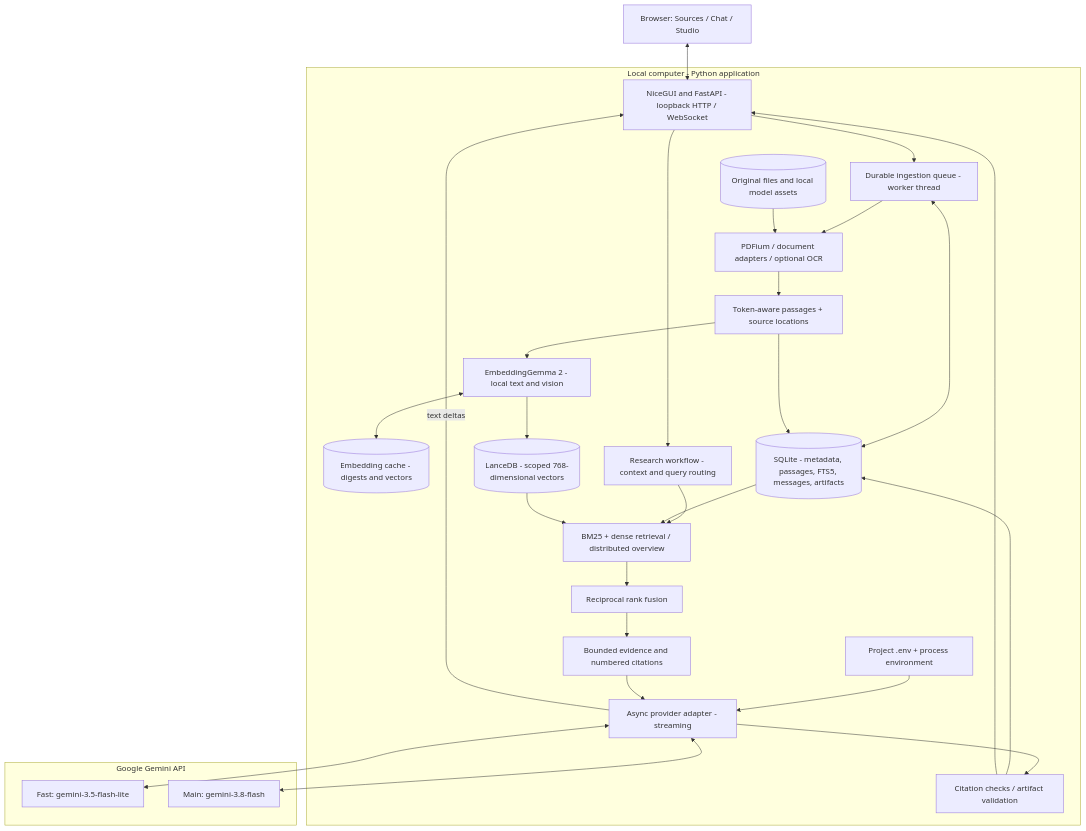
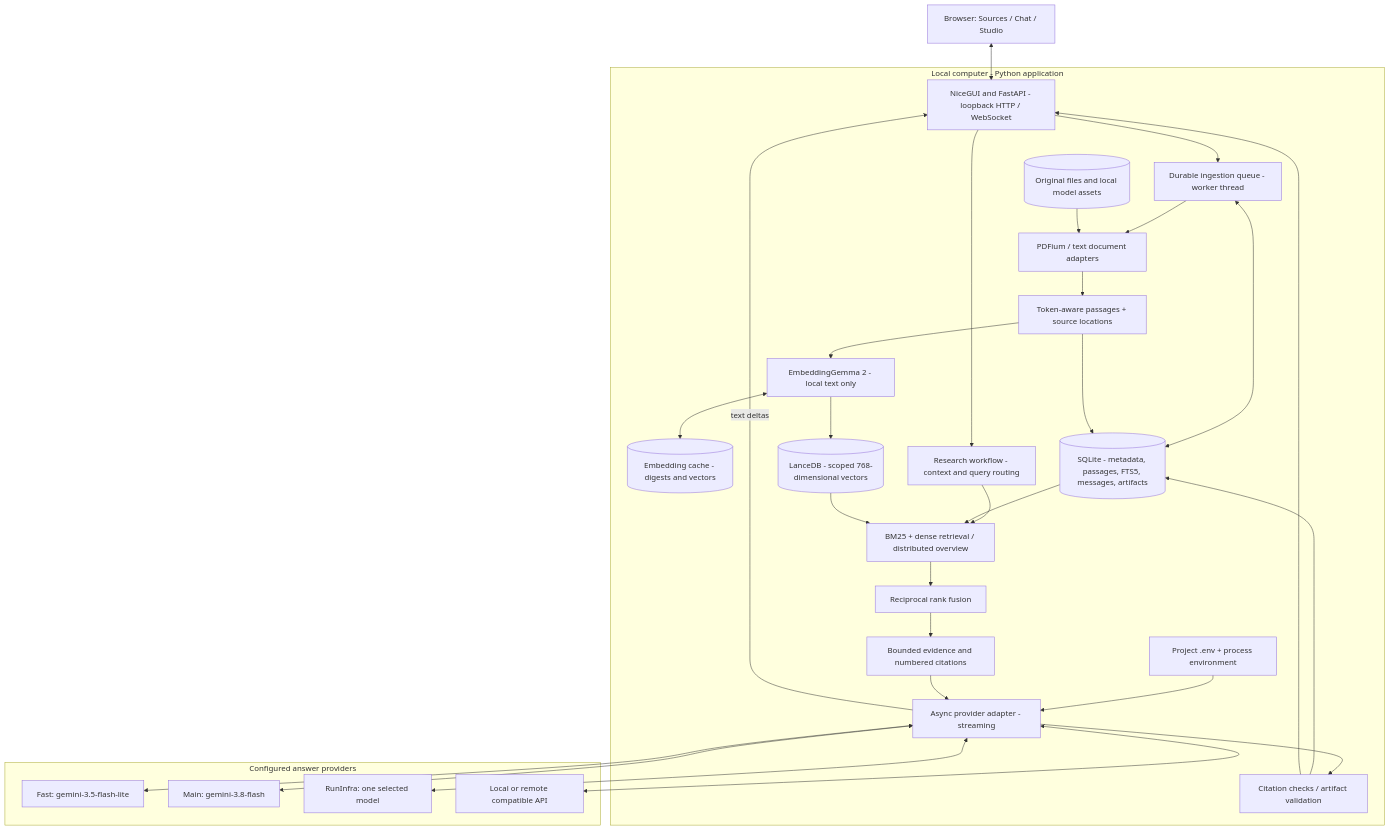
One commit to ryuu-la/NoteBookLm changed the first of 3 diagrams in docs/ARCHITECTURE.md. Above: the diagram before and after it, drawn with Mermaid. The commit also changed other lines of this file and 8 other files, not shown here.

Commit message:
Align setup and project documentation with the text-only Gemma runtime

````diff
--- a/docs/ARCHITECTURE.md
+++ b/docs/ARCHITECTURE.md
@@ -9,44 +9,48 @@
 ```mermaid
 flowchart TB
     User[Browser: Sources / Chat / Studio]
     subgraph Local[Local computer - Python application]
         UI[NiceGUI and FastAPI - loopback HTTP / WebSocket]
         Config[Project .env + process environment]
         Queue[Durable ingestion queue - worker thread]
-        Parse[PDFium / document adapters / optional OCR]
+        Parse[PDFium / text document adapters]
         Chunk[Token-aware passages + source locations]
-        Embed[EmbeddingGemma 2 - local text and vision]
+        Embed[EmbeddingGemma 2 - local text only]
         Cache[(Embedding cache - digests and vectors)]
         SQL[(SQLite - metadata, passages, FTS5, messages, artifacts)]
         Vectors[(LanceDB - scoped 768-dimensional vectors)]
         Files[(Original files and local model assets)]
         Route[Research workflow - context and query routing]
         Search[BM25 + dense retrieval / distributed overview]
         Rank[Reciprocal rank fusion]
         Context[Bounded evidence and numbered citations]
         Provider[Async provider adapter - streaming]
         Validate[Citation checks / artifact validation]
     end
-    subgraph Cloud[Google Gemini API]
+    subgraph Cloud[Configured answer providers]
         Fast[Fast: gemini-3.5-flash-lite]
         Main[Main: gemini-3.8-flash]
+        RunInfra[RunInfra: one selected model]
+        Compatible[Local or remote compatible API]
     end
     User <--> UI
     Config --> Provider
     UI --> Queue --> Parse --> Chunk
     Queue <--> SQL
     Files --> Parse
     Chunk --> SQL
     Chunk --> Embed
     Embed <--> Cache
     Embed --> Vectors
     UI --> Route --> Search
     SQL --> Search
     Vectors --> Search
     Search --> Rank --> Context --> Provider
     Provider <--> Fast
     Provider <--> Main
+    Provider <--> RunInfra
+    Provider <--> Compatible
     Provider -->|text deltas| UI
     Provider --> Validate --> SQL
     Validate --> UI
 ```
````
